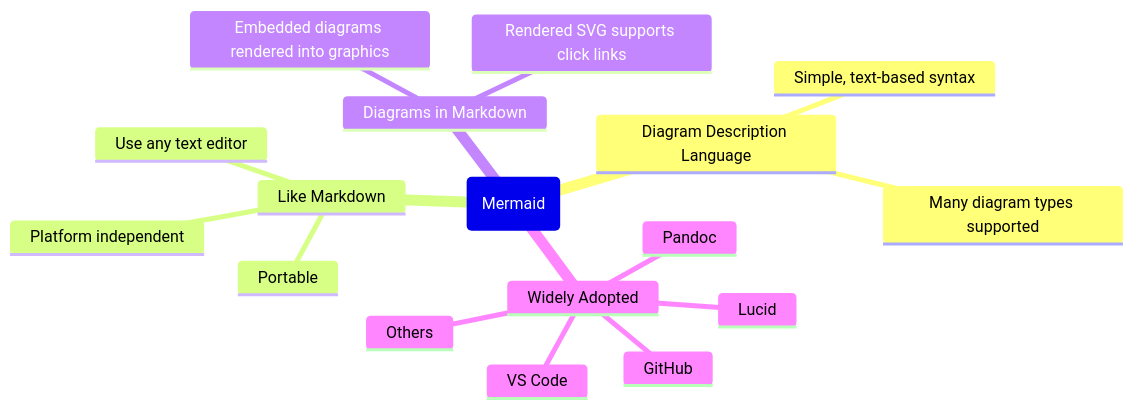
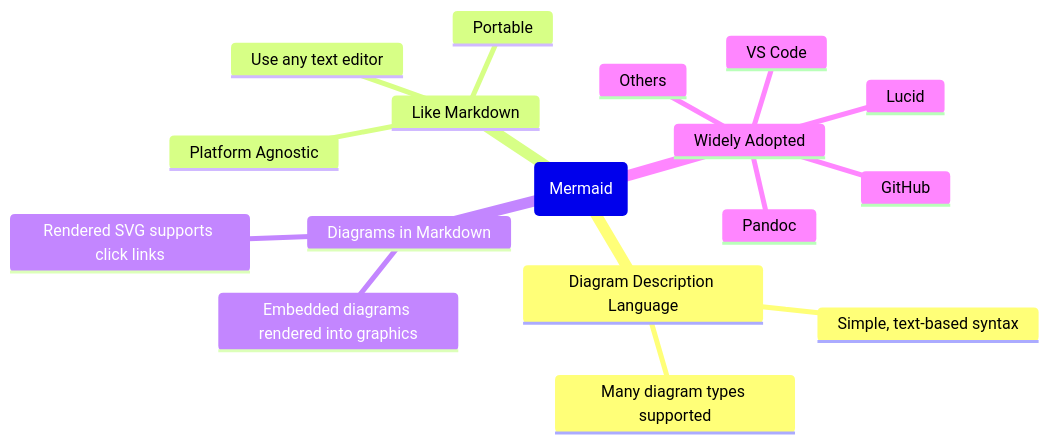
Before and after one commit to buckeye43210/markdown-to-snowkb: the third of 8 diagrams in README.md, drawn with Mermaid.

Commit message:
revising document

````diff
--- a/README.md
+++ b/README.md
@@ -126,20 +126,20 @@
 ```mermaid
 mindmap
   root(Mermaid)
     Diagram Description Language
       Simple, text-based syntax
       Many diagram types supported
     Like Markdown
       Portable
-      Platform independent
+      Platform Agnostic
       Use any text editor
     Diagrams in Markdown
       Embedded diagrams rendered into graphics
       Rendered SVG supports click links
     Widely Adopted
       Lucid
       GitHub
       Pandoc
       VS Code
       Others
 ```
````
